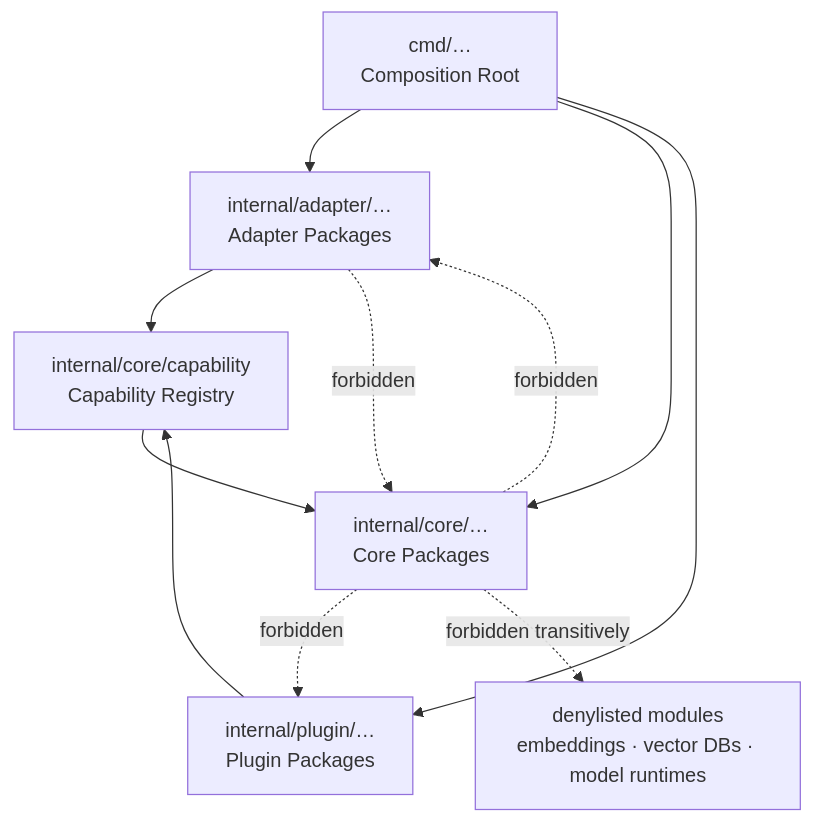
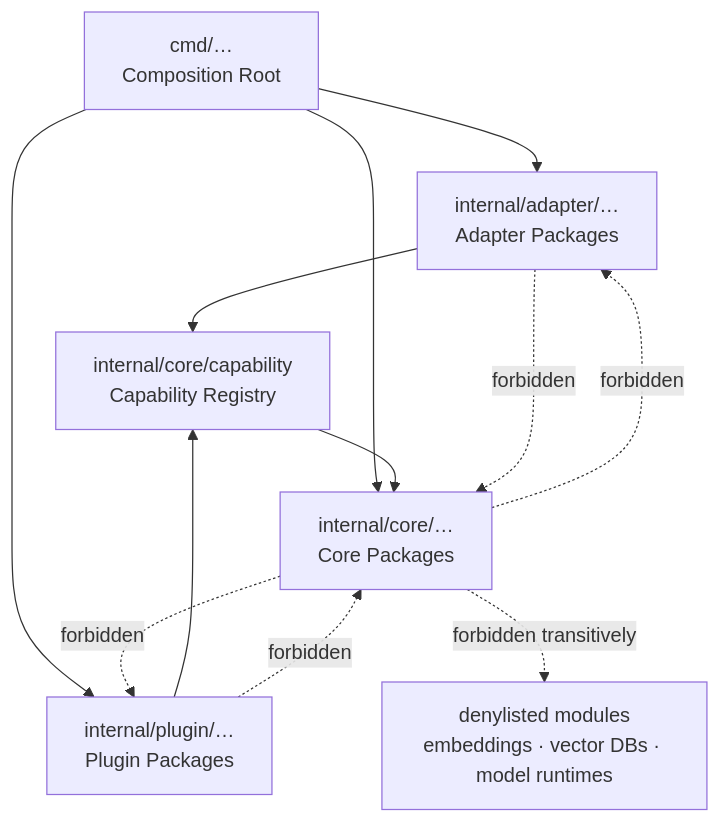
Before and after one commit to lith-project/lith: the diagram in rfcs/0006-package-layout.md, drawn with Mermaid. The commit also changed other lines of this file and 4 other files, not shown here.

````diff
--- a/rfcs/0006-package-layout.md
+++ b/rfcs/0006-package-layout.md
@@ -98,21 +98,22 @@
 ```mermaid
 graph TD
     CMD["cmd/…<br/>Composition Root"]
     ADP["internal/adapter/…<br/>Adapter Packages"]
     CAP["internal/core/capability<br/>Capability Registry"]
     CORE["internal/core/…<br/>Core Packages"]
     PLG["internal/plugin/…<br/>Plugin Packages"]
     DENY["denylisted modules<br/>embeddings · vector DBs · model runtimes"]
 
     CMD --> ADP
     CMD --> CORE
     CMD --> PLG
     ADP --> CAP
     PLG --> CAP
     CAP --> CORE
 
     ADP -. forbidden .-> CORE
+    PLG -. forbidden .-> CORE
     CORE -. forbidden .-> ADP
     CORE -. forbidden .-> PLG
     CORE -. forbidden transitively .-> DENY
 ```
````
